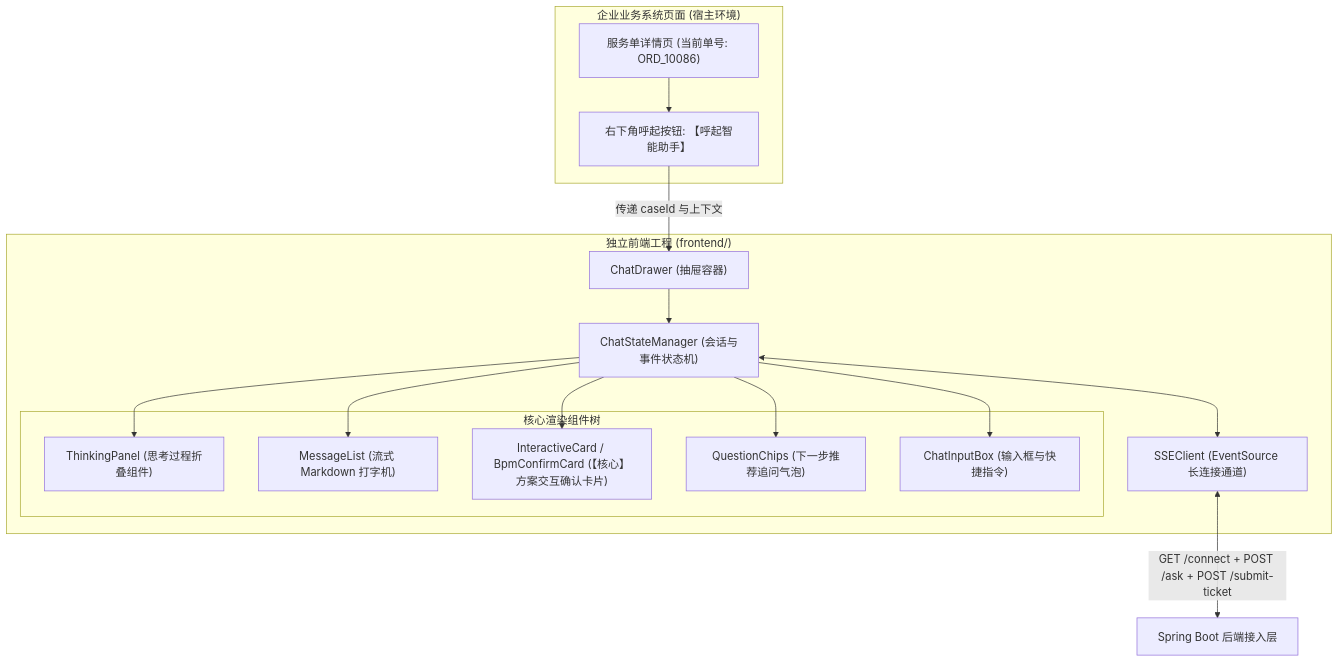
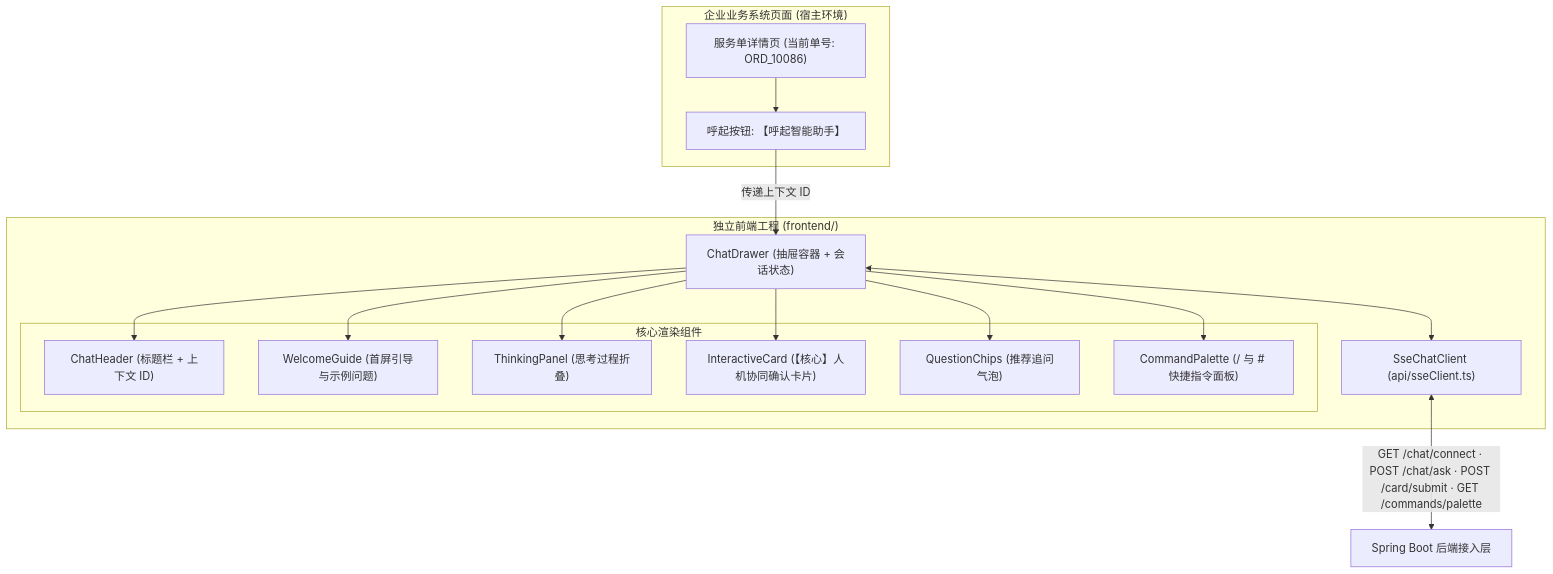
One commit to 1264585648/spring-ai-agentflow changed the diagram in docs/05-前端工程架构与组件设计说明书.md. Above: the diagram before and after it, drawn with Mermaid. The commit also changed other lines of this file and 8 other files, not shown here.

First line of the commit message:
docs: add kernel architecture roadmap and align docs with code

````diff
--- a/docs/05-前端工程架构与组件设计说明书.md
+++ b/docs/05-前端工程架构与组件设计说明书.md
@@ -10,30 +12,29 @@
 ```mermaid
 flowchart TD
-    subgraph 业务宿主系统 ["企业业务系统页面 (宿主环境)"]
-        CaseView["服务单详情页 (当前单号: ORD_10086)"]
-        TriggerBtn["右下角呼起按钮: 【呼起智能助手】"]
-        CaseView --> TriggerBtn
+    subgraph Host ["企业业务系统页面 (宿主环境)"]
+        DetailView["服务单详情页 (当前单号: ORD_10086)"]
+        TriggerBtn["呼起按钮: 【呼起智能助手】"]
+        DetailView --> TriggerBtn
     end
 
-    subgraph 前端工程架构 ["独立前端工程 (frontend/)"]
-        Drawer["ChatDrawer (抽屉容器)"]
-        TriggerBtn -->|传递 caseId 与上下文| Drawer
-        
-        State["ChatStateManager (会话与事件状态机)"]
-        SSE["SSEClient (EventSource 长连接通道)"]
-        
-        Drawer --> State <--> SSE
-        
-        subgraph 组件树 ["核心渲染组件树"]
-            Thinking["ThinkingPanel (思考过程折叠组件)"]
-            MsgList["MessageList (流式 Markdown 打字机)"]
-            Card["InteractiveCard / BpmConfirmCard (【核心】方案交互确认卡片)"]
-            Chips["QuestionChips (下一步推荐追问气泡)"]
-            Input["ChatInputBox (输入框与快捷指令)"]
+    subgraph FE ["独立前端工程 (frontend/)"]
+        Drawer["ChatDrawer (抽屉容器 + 会话状态)"]
+        TriggerBtn -->|传递上下文 ID| Drawer
+
+        SSE["SseChatClient (api/sseClient.ts)"]
+        Drawer <--> SSE
+
+        subgraph Components ["核心渲染组件"]
+            Header["ChatHeader (标题栏 + 上下文 ID)"]
+            Welcome["WelcomeGuide (首屏引导与示例问题)"]
+            Thinking["ThinkingPanel (思考过程折叠)"]
+            Card["InteractiveCard (【核心】人机协同确认卡片)"]
+            Chips["QuestionChips (推荐追问气泡)"]
+            Palette["CommandPalette (/ 与 # 快捷指令面板)"]
         end
-        
-        State --> Thinking & MsgList & Card & Chips & Input
+
+        Drawer --> Header & Welcome & Thinking & Card & Chips & Palette
     end
 
-    SSE <-->|GET /connect + POST /ask + POST /submit-ticket| Backend["Spring Boot 后端接入层"]
+    SSE <-->|"GET /chat/connect · POST /chat/ask · POST /card/submit · GET /commands/palette"| Backend["Spring Boot 后端接入层"]
 ```
````
